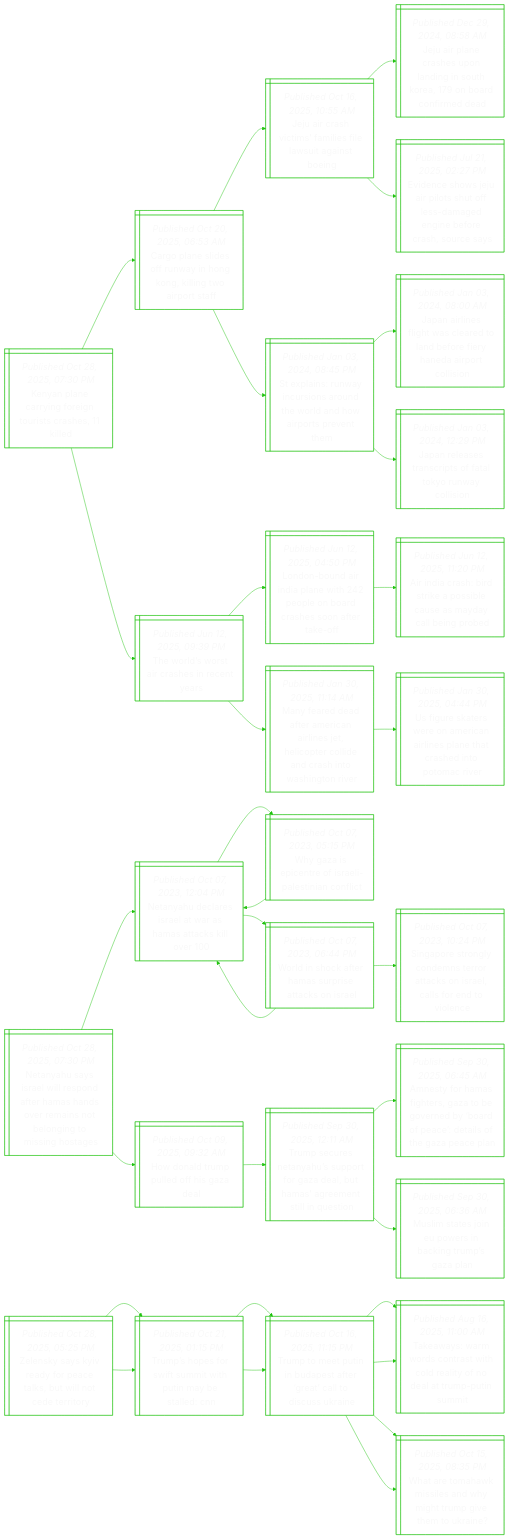
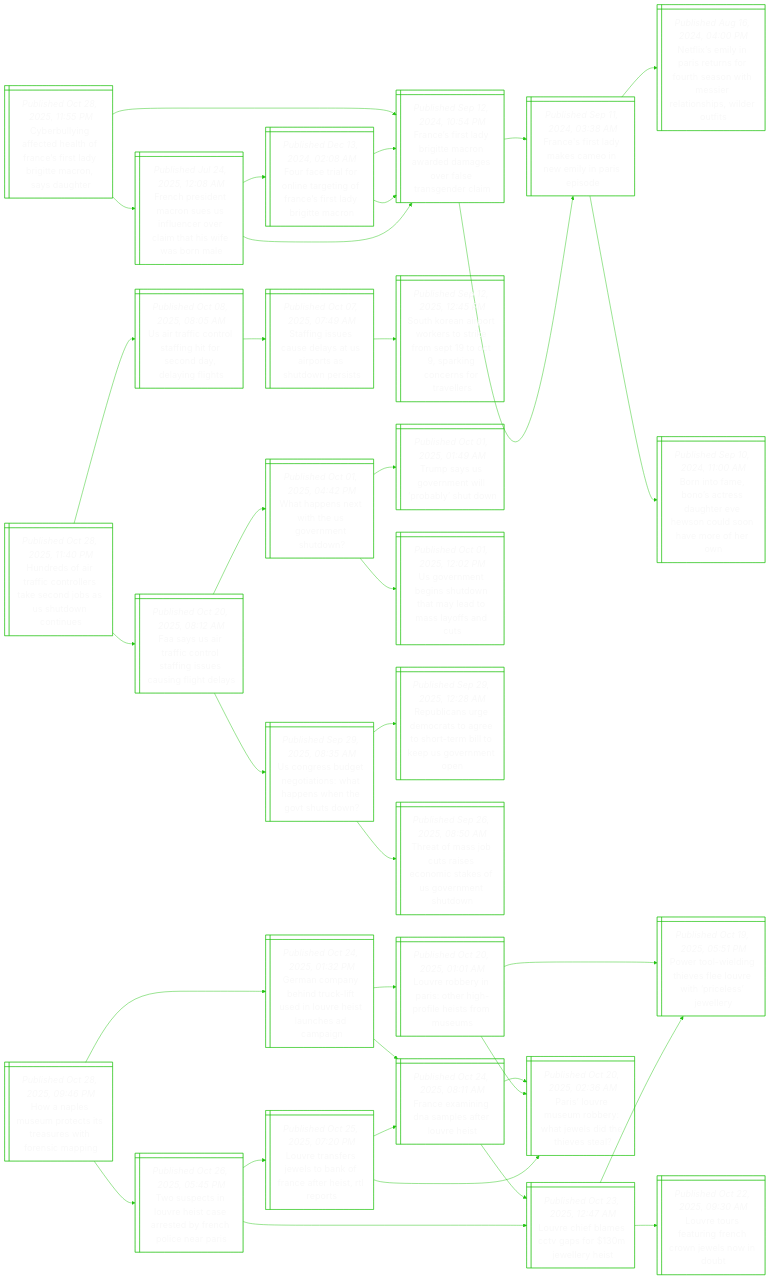
One commit to notJmes/notJmes changed the diagram in README.md. Above: the diagram before and after it, drawn with Mermaid. The commit also changed other lines of this file, not shown here.

````diff
--- a/README.md
+++ b/README.md
@@ -16,106 +16,118 @@
 flowchart LR
 classDef txtsize font-size:20px;
 
-Kneyonirse@{ shape: win-pane, label: "_Published Oct 28, 2025, 07:30 PM_
-Kenyan plane carrying foreign tourists crashes, 11 killed" }
-Cpssuigknarf@{ shape: win-pane, label: "_Published Oct 20, 2025, 06:53 AM_
-Cargo plane slides off runway in hong kong, killing two airport staff" }
-JistaeeuaBg@{ shape: win-pane, label: "_Published Oct 16, 2025, 10:55 AM_
-Jeju air crash victims’ families file lawsuit against boeing" }
-Jinspniteooma@{ shape: win-pane, label: "_Published Dec 29, 2024, 08:58 AM_
-Jeju air plane crashes upon landing in south korea, 179 on board confirmed dead" }
-Enojpsosanbehcs@{ shape: win-pane, label: "_Published Jul 21, 2025, 02:27 PM_
-Evidence shows jeju air pilots shut off less-damaged engine before crash, source says" }
-SlRyrsnwawort@{ shape: win-pane, label: "_Published Jan 03, 2024, 08:45 PM_
-St explains: runway incursions around the world and how airports prevent them" }
-JAniaaobeydpoi@{ shape: win-pane, label: "_Published Jan 03, 2024, 08:00 AM_
-Japan airlines flight was cleared to land before fiery haneda airport collision" }
-Jrsaifloaln@{ shape: win-pane, label: "_Published Jan 03, 2024, 12:29 PM_
-Japan releases transcripts of fatal tokyo runway collision" }
-Troisnnr@{ shape: win-pane, label: "_Published Jun 12, 2025, 09:39 PM_
-The world’s worst air crashes in recent years" }
-Lndnliondhoee@{ shape: win-pane, label: "_Published Jun 12, 2025, 04:50 PM_
-London-bound air india plane with 242 people on board crashes soon after take-off" }
-Adariolsacer@{ shape: win-pane, label: "_Published Jun 12, 2025, 11:20 PM_
-Air india crash: bird strike a possible cause as mayday call being probed" }
-Medfmaljltlaathoe@{ shape: win-pane, label: "_Published Jan 30, 2025, 11:14 AM_
-Many feared dead after american airlines jet, helicopter collide and crash into washington river" }
-Uuawniienthtoi@{ shape: win-pane, label: "_Published Jan 30, 2025, 04:44 PM_
-Us figure skaters were on american airlines plane that crashed into potomac river" }
+CbifdtrstBtcaur@{ shape: win-pane, label: "_Published Oct 28, 2025, 11:55 PM_
+Cyberbullying affected health of france’s first lady brigitte macron, says daughter" }
+FhiMnUlermhfba@{ shape: win-pane, label: "_Published Jul 24, 2025, 12:08 AM_
+French president macron sues us influencer over claim that his wife was born male" }
+Fesyiaaeavlanl@{ shape: win-pane, label: "_Published Sep 12, 2024, 10:54 PM_
+France’s first lady brigitte macron awarded damages over false transgender claim" }
+Fesysowyri@{ shape: win-pane, label: "_Published Sep 11, 2024, 03:38 AM_
+France's first lady makes cameo in new emily in paris episode" }
+FairnggaFLrtr@{ shape: win-pane, label: "_Published Dec 13, 2024, 02:08 AM_
+Four face trial for online targeting of france’s first lady brigitte macron" }
+Fesyiaaeavlanl@{ shape: win-pane, label: "_Published Sep 12, 2024, 10:54 PM_
+France’s first lady brigitte macron awarded damages over false transgender claim" }
+Fesyiaaeavlanl@{ shape: win-pane, label: "_Published Sep 12, 2024, 10:54 PM_
+France’s first lady brigitte macron awarded damages over false transgender claim" }
+Fesyiaaeavlanl@{ shape: win-pane, label: "_Published Sep 12, 2024, 10:54 PM_
+France’s first lady brigitte macron awarded damages over false transgender claim" }
+Fesysowyri@{ shape: win-pane, label: "_Published Sep 11, 2024, 03:38 AM_
+France's first lady makes cameo in new emily in paris episode" }
+NiiPrnfhohilnsef@{ shape: win-pane, label: "_Published Aug 16, 2024, 04:00 PM_
+Netflix’s emily in paris returns for fourth season with messier relationships, wilder outfits" }
+BnmoraeHndhohn@{ shape: win-pane, label: "_Published Sep 10, 2024, 11:00 AM_
+Born into fame, bono’s actress daughter eve hewson could soon have more of her own" }
 
-Kneyonirse:::txtsize --> Cpssuigknarf:::txtsize
-Cpssuigknarf:::txtsize --> JistaeeuaBg:::txtsize
-JistaeeuaBg:::txtsize --> Jinspniteooma:::txtsize
-JistaeeuaBg:::txtsize --> Enojpsosanbehcs:::txtsize
-Cpssuigknarf:::txtsize --> SlRyrsnwawort:::txtsize
-SlRyrsnwawort:::txtsize --> JAniaaobeydpoi:::txtsize
-SlRyrsnwawort:::txtsize --> Jrsaifloaln:::txtsize
-Kneyonirse:::txtsize --> Troisnnr:::txtsize
-Troisnnr:::txtsize --> Lndnliondhoee:::txtsize
-Lndnliondhoee:::txtsize --> Adariolsacer:::txtsize
-Troisnnr:::txtsize --> Medfmaljltlaathoe:::txtsize
-Medfmaljltlaathoe:::txtsize --> Uuawniienthtoi:::txtsize
+CbifdtrstBtcaur:::txtsize --> FhiMnUlermhfba:::txtsize
+FhiMnUlermhfba:::txtsize --> Fesyiaaeavlanl:::txtsize
+Fesyiaaeavlanl:::txtsize --> Fesysowyri:::txtsize
+FhiMnUlermhfba:::txtsize --> FairnggaFLrtr:::txtsize
+FairnggaFLrtr:::txtsize --> Fesyiaaeavlanl:::txtsize
+FairnggaFLrtr:::txtsize --> Fesyiaaeavlanl:::txtsize
+CbifdtrstBtcaur:::txtsize --> Fesyiaaeavlanl:::txtsize
+Fesyiaaeavlanl:::txtsize --> Fesysowyri:::txtsize
+Fesysowyri:::txtsize --> NiiPrnfhohilnsef:::txtsize
+Fesysowyri:::txtsize --> BnmoraeHndhohn:::txtsize
 
-NyarisaHhoeseimnt@{ shape: win-pane, label: "_Published Oct 28, 2025, 07:30 PM_
-Netanyahu says israel will respond after hamas hands over remains not belonging to missing hostages" }
-NyeeawHakl@{ shape: win-pane, label: "_Published Oct 07, 2023, 12:04 PM_
-Netanyahu declares israel at war as hamas attacks kill over 100" }
-WzptIleint@{ shape: win-pane, label: "_Published Oct 07, 2023, 05:15 PM_
-Why gaza is epicentre of israeli-palestinian conflict" }
-NyeeawHakl@{ shape: win-pane, label: "_Published Oct 07, 2023, 12:04 PM_
-Netanyahu declares israel at war as hamas attacks kill over 100" }
-Wiceapaks@{ shape: win-pane, label: "_Published Oct 07, 2023, 06:44 PM_
-World in shock after hamas surprise attacks on israel" }
-NyeeawHakl@{ shape: win-pane, label: "_Published Oct 07, 2023, 12:04 PM_
-Netanyahu declares israel at war as hamas attacks kill over 100" }
-SptldtrcIlsnic@{ shape: win-pane, label: "_Published Oct 07, 2023, 10:24 PM_
-Singapore strongly condemns terror attacks on israel, calls for end to violence" }
-Hnruosd@{ shape: win-pane, label: "_Published Oct 09, 2025, 09:32 AM_
-How donald trump pulled off his gaza deal" }
-Tseaupoabmrnluo@{ shape: win-pane, label: "_Published Sep 30, 2025, 12:11 AM_
-Trump secures netanyahu’s support for gaza deal, but hamas’ agreement still in question" }
-AtHfezerydatoGel@{ shape: win-pane, label: "_Published Sep 30, 2025, 06:45 AM_
-Amnesty for hamas fighters, gaza to be governed by ‘board of peace’: details of the gaza peace plan" }
-Mmenwniuaa@{ shape: win-pane, label: "_Published Sep 30, 2025, 06:36 AM_
-Muslim states join eu powers in backing trump’s gaza plan" }
+Heaacossdahwts@{ shape: win-pane, label: "_Published Oct 28, 2025, 11:40 PM_
+Hundreds of air traffic controllers take second jobs as us shutdown continues" }
+Utittnfcaaft@{ shape: win-pane, label: "_Published Oct 08, 2025, 08:05 AM_
+Us air traffic control staffing hit for second day, delaying flights" }
+Sisaeaithws@{ shape: win-pane, label: "_Published Oct 07, 2025, 07:49 AM_
+Staffing issues cause delays at us airports as shutdown persists" }
+SKnortiottkontl@{ shape: win-pane, label: "_Published Sep 12, 2025, 12:45 PM_
+South korean airport workers to strike from sept 19 to oct 9, sparking concerns for travellers" }
+Fyifolfscngl@{ shape: win-pane, label: "_Published Oct 20, 2025, 08:12 AM_
+Faa says us air traffic control staffing issues causing flight delays" }
+Waswhomhw@{ shape: win-pane, label: "_Published Oct 01, 2025, 04:42 PM_
+What happens next with the us government shutdown?" }
+TsSrtpbun@{ shape: win-pane, label: "_Published Oct 01, 2025, 01:49 AM_
+Trump says us government will ‘probably’ shut down" }
+Ueniunmaayat@{ shape: win-pane, label: "_Published Oct 01, 2025, 12:02 PM_
+Us government begins shutdown that may lead to mass layoffs and cuts" }
+Ugbttoaphesd@{ shape: win-pane, label: "_Published Sep 29, 2025, 08:35 AM_
+Us congress budget negotiations: what happens when the govt shuts down?" }
+RlsDroeorleomp@{ shape: win-pane, label: "_Published Sep 29, 2025, 12:28 AM_
+Republicans urge democrats to agree to short-term bill to keep us government open" }
+Ttscaemafveun@{ shape: win-pane, label: "_Published Sep 26, 2025, 08:50 AM_
+Threat of mass job cuts raises economic stakes of us government shutdown" }
 
-NyarisaHhoeseimnt:::txtsize --> NyeeawHakl:::txtsize
-NyeeawHakl:::txtsize --> WzptIleint:::txtsize
-WzptIleint:::txtsize --> NyeeawHakl:::txtsize
-NyeeawHakl:::txtsize --> Wiceapaks:::txtsize
-Wiceapaks:::txtsize --> NyeeawHakl:::txtsize
-Wiceapaks:::txtsize --> SptldtrcIlsnic:::txtsize
-NyarisaHhoeseimnt:::txtsize --> Hnruosd:::txtsize
-Hnruosd:::txtsize --> Tseaupoabmrnluo:::txtsize
-Tseaupoabmrnluo:::txtsize --> AtHfezerydatoGel:::txtsize
-Tseaupoabmrnluo:::txtsize --> Mmenwniuaa:::txtsize
+Heaacossdahwts:::txtsize --> Utittnfcaaft:::txtsize
+Utittnfcaaft:::txtsize --> Sisaeaithws:::txtsize
+Sisaeaithws:::txtsize --> SKnortiottkontl:::txtsize
+Heaacossdahwts:::txtsize --> Fyifolfscngl:::txtsize
+Fyifolfscngl:::txtsize --> Waswhomhw:::txtsize
+Waswhomhw:::txtsize --> TsSrtpbun:::txtsize
+Waswhomhw:::txtsize --> Ueniunmaayat:::txtsize
+Fyifolfscngl:::txtsize --> Ugbttoaphesd:::txtsize
+Ugbttoaphesd:::txtsize --> RlsDroeorleomp:::txtsize
+Ugbttoaphesd:::txtsize --> Ttscaemafveun:::txtsize
 
-Zsyvyeaulerr@{ shape: win-pane, label: "_Published Oct 28, 2025, 05:25 PM_
-Zelensky says kyiv ready for peace talks, but will not cede territory" }
-Tsswuwuatd@{ shape: win-pane, label: "_Published Oct 21, 2025, 01:15 PM_
-Trump’s hopes for swift summit with putin may be stalled: cnn" }
-Tttndtrttcke@{ shape: win-pane, label: "_Published Oct 16, 2025, 11:15 PM_
-Trump to meet putin in budapest after ‘great’ call to discuss ukraine" }
-Twarntceydtpni@{ shape: win-pane, label: "_Published Aug 16, 2025, 11:00 AM_
-Takeaways: warm words contrast with cold reality of no deal at trump-putin summit" }
-Wramldirieke@{ shape: win-pane, label: "_Published Oct 15, 2025, 08:35 PM_
-What are tomahawk missiles and why might trump give them to ukraine?" }
-Tsswuwuatd@{ shape: win-pane, label: "_Published Oct 21, 2025, 01:15 PM_
-Trump’s hopes for swift summit with putin may be stalled: cnn" }
-Tttndtrttcke@{ shape: win-pane, label: "_Published Oct 16, 2025, 11:15 PM_
-Trump to meet putin in budapest after ‘great’ call to discuss ukraine" }
-Twarntceydtpni@{ shape: win-pane, label: "_Published Aug 16, 2025, 11:00 AM_
-Takeaways: warm words contrast with cold reality of no deal at trump-putin summit" }
-Wramldirieke@{ shape: win-pane, label: "_Published Oct 15, 2025, 08:35 PM_
-What are tomahawk missiles and why might trump give them to ukraine?" }
+Hammetasfsp@{ shape: win-pane, label: "_Published Oct 28, 2025, 09:46 PM_
+How a naples museum protects its treasures with forensic mapping" }
+Tssueardeona@{ shape: win-pane, label: "_Published Oct 26, 2025, 05:45 PM_
+Two suspects in louvre heist case arrested by french police near paris" }
+LefeVfeei@{ shape: win-pane, label: "_Published Oct 23, 2025, 12:47 AM_
+Louvre chief blames cctv gaps for $130m jewellery heist" }
+Ptineluiisey@{ shape: win-pane, label: "_Published Oct 19, 2025, 05:51 PM_
+Power tool-wielding thieves flee louvre with ‘priceless’ jewellery" }
+LesuFhnlib@{ shape: win-pane, label: "_Published Oct 22, 2025, 09:30 AM_
+Louvre tours featuring french crown jewels now in doubt" }
+LesjsnrahRp@{ shape: win-pane, label: "_Published Oct 25, 2025, 07:20 PM_
+Louvre transfers jewels to bank of france after heist, rtl reports" }
+PLeubhwitea@{ shape: win-pane, label: "_Published Oct 20, 2025, 02:36 AM_
+Paris’ louvre museum robbery: what jewels did the thieves steal?" }
+FeiDmaLet@{ shape: win-pane, label: "_Published Oct 24, 2025, 08:11 AM_
+France examining dna samples after louvre heist" }
+Gnahrieohlhci@{ shape: win-pane, label: "_Published Oct 24, 2025, 01:32 PM_
+German company behind truck-lift used in louvre heist launches ad campaign" }
+LeePOhretmu@{ shape: win-pane, label: "_Published Oct 20, 2025, 01:01 AM_
+Louvre robbery in paris: other high-profile heists from museums" }
+Ptineluiisey@{ shape: win-pane, label: "_Published Oct 19, 2025, 05:51 PM_
+Power tool-wielding thieves flee louvre with ‘priceless’ jewellery" }
+PLeubhwitea@{ shape: win-pane, label: "_Published Oct 20, 2025, 02:36 AM_
+Paris’ louvre museum robbery: what jewels did the thieves steal?" }
+FeiDmaLet@{ shape: win-pane, label: "_Published Oct 24, 2025, 08:11 AM_
+France examining dna samples after louvre heist" }
+PLeubhwitea@{ shape: win-pane, label: "_Published Oct 20, 2025, 02:36 AM_
+Paris’ louvre museum robbery: what jewels did the thieves steal?" }
+LefeVfeei@{ shape: win-pane, label: "_Published Oct 23, 2025, 12:47 AM_
+Louvre chief blames cctv gaps for $130m jewellery heist" }
 
-Zsyvyeaulerr:::txtsize --> Tsswuwuatd:::txtsize
-Tsswuwuatd:::txtsize --> Tttndtrttcke:::txtsize
-Tttndtrttcke:::txtsize --> Twarntceydtpni:::txtsize
-Tttndtrttcke:::txtsize --> Wramldirieke:::txtsize
-Zsyvyeaulerr:::txtsize --> Tsswuwuatd:::txtsize
-Tsswuwuatd:::txtsize --> Tttndtrttcke:::txtsize
-Tttndtrttcke:::txtsize --> Twarntceydtpni:::txtsize
-Tttndtrttcke:::txtsize --> Wramldirieke:::txtsize
+Hammetasfsp:::txtsize --> Tssueardeona:::txtsize
+Tssueardeona:::txtsize --> LefeVfeei:::txtsize
+LefeVfeei:::txtsize --> Ptineluiisey:::txtsize
+LefeVfeei:::txtsize --> LesuFhnlib:::txtsize
+Tssueardeona:::txtsize --> LesjsnrahRp:::txtsize
+LesjsnrahRp:::txtsize --> PLeubhwitea:::txtsize
+LesjsnrahRp:::txtsize --> FeiDmaLet:::txtsize
+Hammetasfsp:::txtsize --> Gnahrieohlhci:::txtsize
+Gnahrieohlhci:::txtsize --> LeePOhretmu:::txtsize
+LeePOhretmu:::txtsize --> Ptineluiisey:::txtsize
+LeePOhretmu:::txtsize --> PLeubhwitea:::txtsize
+Gnahrieohlhci:::txtsize --> FeiDmaLet:::txtsize
+FeiDmaLet:::txtsize --> PLeubhwitea:::txtsize
+FeiDmaLet:::txtsize --> LefeVfeei:::txtsize
 
 ```
````
